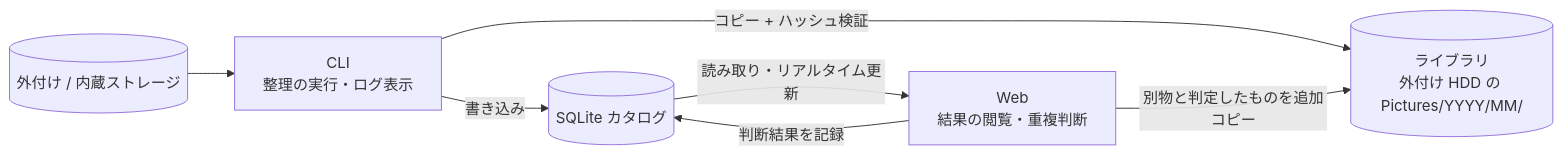
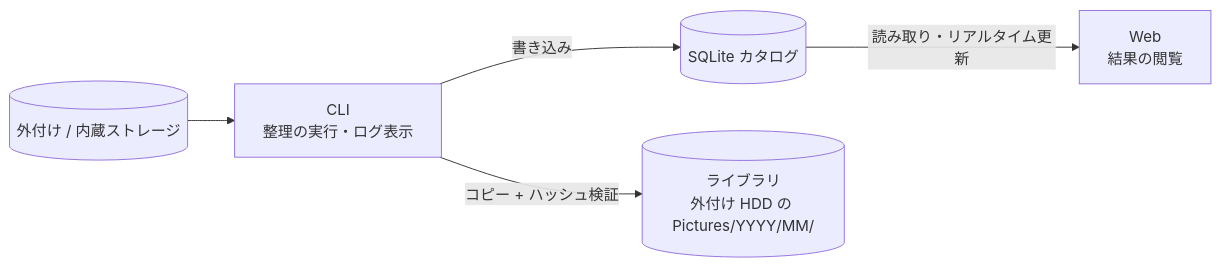
One commit to raiton-boo/media-seiri changed the diagram in docs/overview.md. Above: the diagram before and after it, drawn with Mermaid. The commit also changed other lines of this file and 4 other files, not shown here.

Commit message:
docs: 決定事項を要件・仕様書・ER図・処理フローに反映

````diff
--- a/docs/overview.md
+++ b/docs/overview.md
@@ -25,9 +25,7 @@
 ```mermaid
 flowchart LR
     SRC[(外付け / 内蔵ストレージ)] --> CLI
     CLI["CLI<br/>整理の実行・ログ表示"] -->|書き込み| DB[(SQLite カタログ)]
     CLI -->|コピー + ハッシュ検証| DEST[("ライブラリ<br/>外付け HDD の Pictures/YYYY/MM/")]
-    DB -->|読み取り・リアルタイム更新| WEB["Web<br/>結果の閲覧・重複判断"]
-    WEB -->|判断結果を記録| DB
-    WEB -->|別物と判定したものを追加コピー| DEST
+    DB -->|読み取り・リアルタイム更新| WEB["Web<br/>結果の閲覧"]
 ```
````
